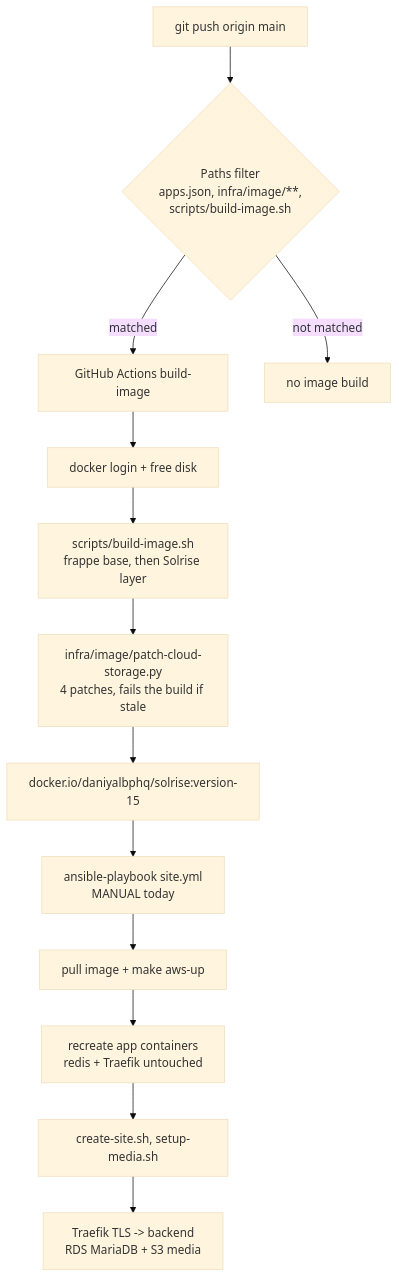
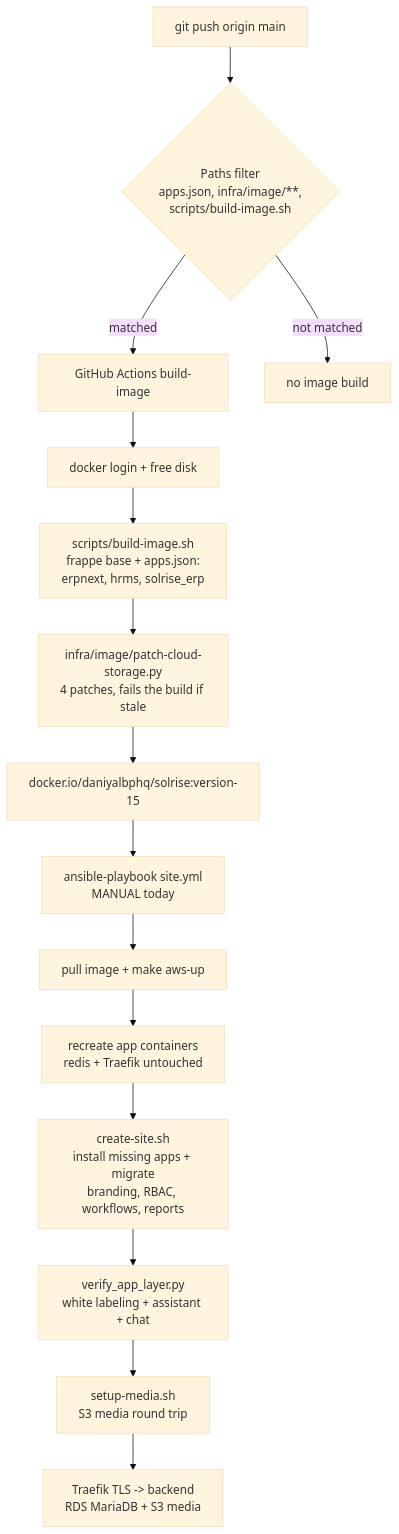
Before and after one commit to daniyalbphq-commits/solrise-erp: the first of 2 diagrams in docs/16-deployment-pipeline-status.md, drawn with Mermaid (base theme). The commit also changed other lines of this file and 14 other files, not shown here.

First line of the commit message:
Add the app-less Solrise layer and its checks

````diff
--- a/docs/16-deployment-pipeline-status.md
+++ b/docs/16-deployment-pipeline-status.md
@@ -13,15 +14,17 @@
 ```mermaid
 flowchart TD
     A[git push origin main] --> B{Paths filter<br/>apps.json, infra/image/**,<br/>scripts/build-image.sh}
     B -->|matched| C[GitHub Actions build-image]
     B -->|not matched| Z[no image build]
     C --> D[docker login + free disk]
-    D --> E[scripts/build-image.sh<br/>frappe base, then Solrise layer]
+    D --> E[scripts/build-image.sh<br/>frappe base + apps.json:<br/>erpnext, hrms, solrise_erp]
     E --> F[infra/image/patch-cloud-storage.py<br/>4 patches, fails the build if stale]
     F --> G[docker.io/daniyalbphq/solrise:version-15]
     G --> H[ansible-playbook site.yml<br/>MANUAL today]
     H --> I[pull image + make aws-up]
     I --> J[recreate app containers<br/>redis + Traefik untouched]
-    J --> K[create-site.sh, setup-media.sh]
-    K --> L[Traefik TLS -> backend<br/>RDS MariaDB + S3 media]
+    J --> K[create-site.sh<br/>install missing apps + migrate<br/>branding, RBAC, workflows, reports]
+    K --> M[verify_app_layer.py<br/>white labeling + assistant + chat]
+    M --> N[setup-media.sh<br/>S3 media round trip]
+    N --> L[Traefik TLS -> backend<br/>RDS MariaDB + S3 media]
 ```
````
